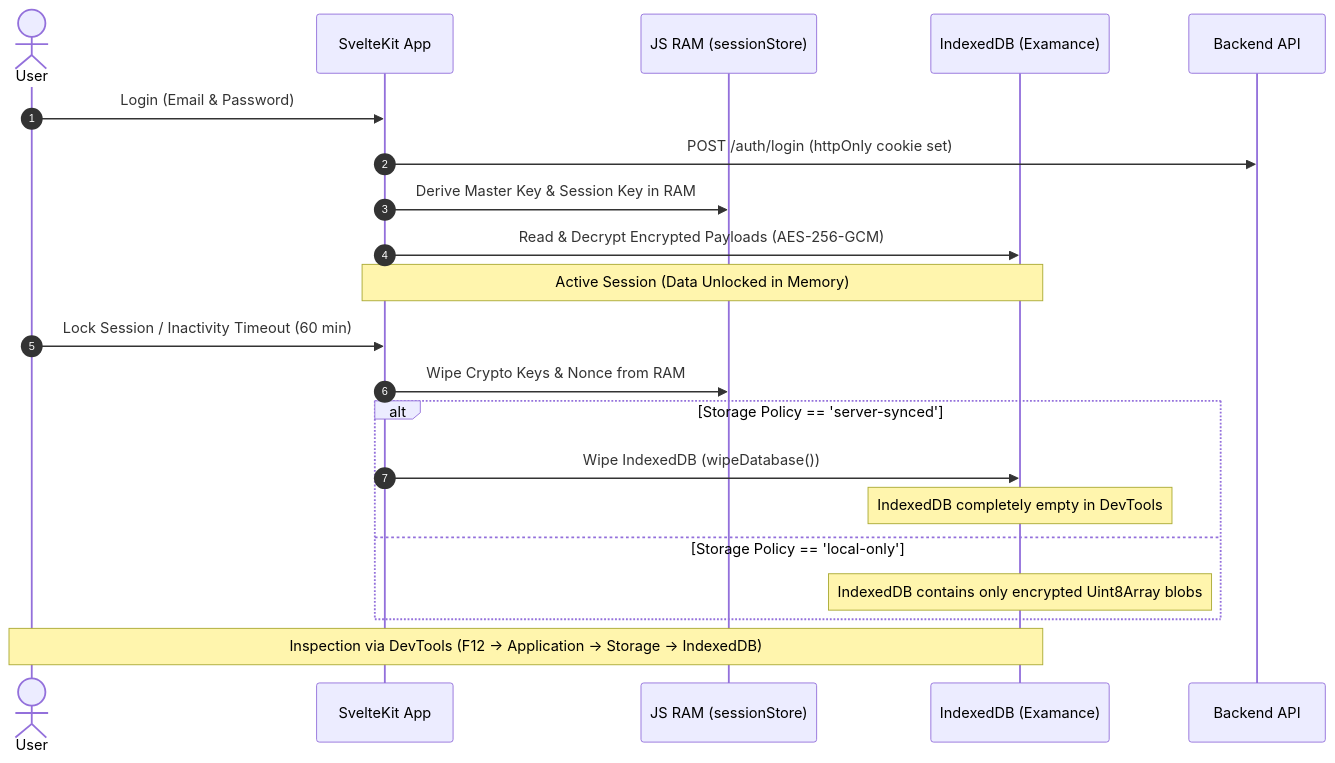
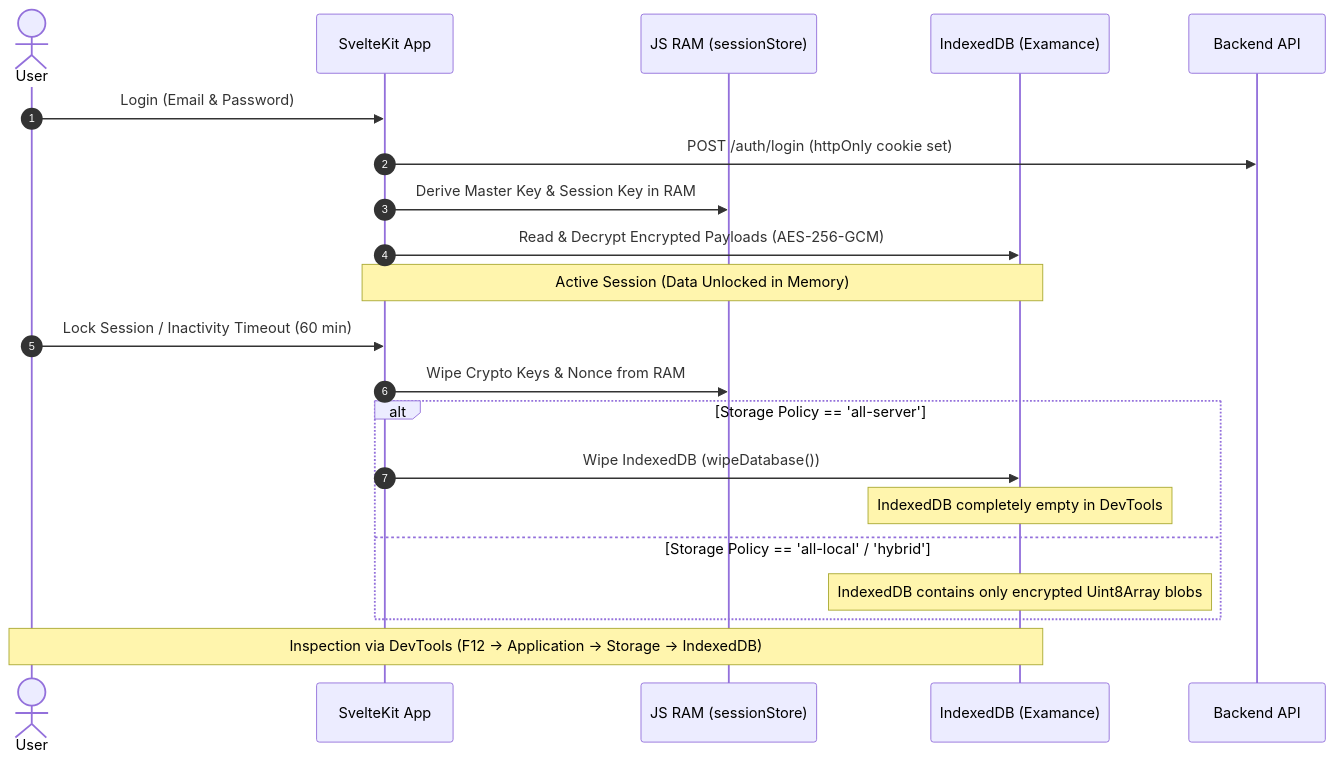
Before and after one commit to ValentinHerrmann/Examance: the second of 3 diagrams in docs/data_flow_and_security.md, drawn with Mermaid. The commit also changed other lines of this file and 12 other files, not shown here.

````diff
--- a/docs/data_flow_and_security.md
+++ b/docs/data_flow_and_security.md
@@ -62,27 +66,27 @@
 ```mermaid
 sequenceDiagram
     autonumber
     actor User
     participant Page as SvelteKit App
     participant Memory as JS RAM (sessionStore)
     participant IDB as IndexedDB (Examance)
     participant Server as Backend API
 
     User->>Page: Login (Email & Password)
     Page->>Server: POST /auth/login (httpOnly cookie set)
     Page->>Memory: Derive Master Key & Session Key in RAM
     Page->>IDB: Read & Decrypt Encrypted Payloads (AES-256-GCM)
 
     Note over Page,IDB: Active Session (Data Unlocked in Memory)
 
     User->>Page: Lock Session / Inactivity Timeout (60 min)
     Page->>Memory: Wipe Crypto Keys & Nonce from RAM
-    alt Storage Policy == 'server-synced'
+    alt Storage Policy == 'all-server'
         Page->>IDB: Wipe IndexedDB (wipeDatabase())
         Note over IDB: IndexedDB completely empty in DevTools
-    else Storage Policy == 'local-only'
+    else Storage Policy == 'all-local' / 'hybrid'
         Note over IDB: IndexedDB contains only encrypted Uint8Array blobs
     end
 
     Note over User,IDB: Inspection via DevTools (F12 -> Application -> Storage -> IndexedDB)
 ```
````
